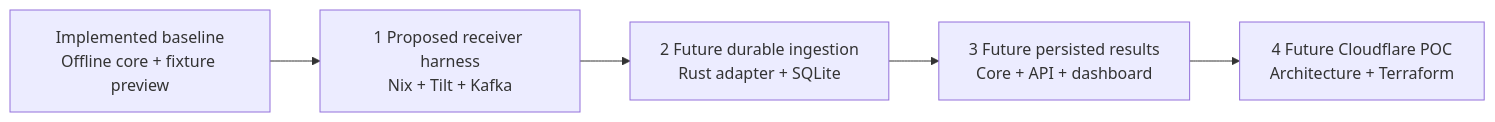
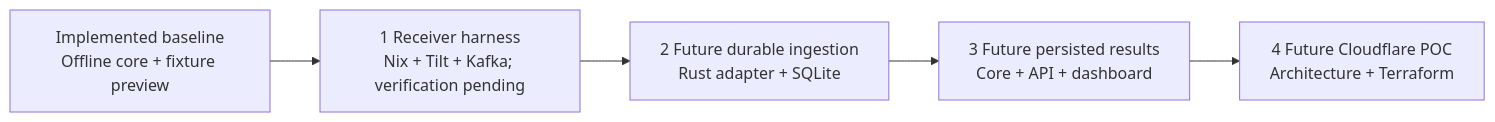
The diagram in docs/plan.md (jestrada/ChargeShare), drawn with Mermaid before and after one commit. The commit also changed other lines of this file and 47 other files, not shown here.

````diff
--- a/docs/plan.md
+++ b/docs/plan.md
@@ -16,9 +12,9 @@
 ```mermaid
 flowchart LR
     baseline["Implemented baseline<br/>Offline core + fixture preview"]
-    harness["1 Proposed receiver harness<br/>Nix + Tilt + Kafka"]
+    harness["1 Receiver harness<br/>Nix + Tilt + Kafka; verification pending"]
     ingestion["2 Future durable ingestion<br/>Rust adapter + SQLite"]
     results["3 Future persisted results<br/>Core + API + dashboard"]
     cloudflare["4 Future Cloudflare POC<br/>Architecture + Terraform"]
     baseline --> harness --> ingestion --> results --> cloudflare
 ```
````
